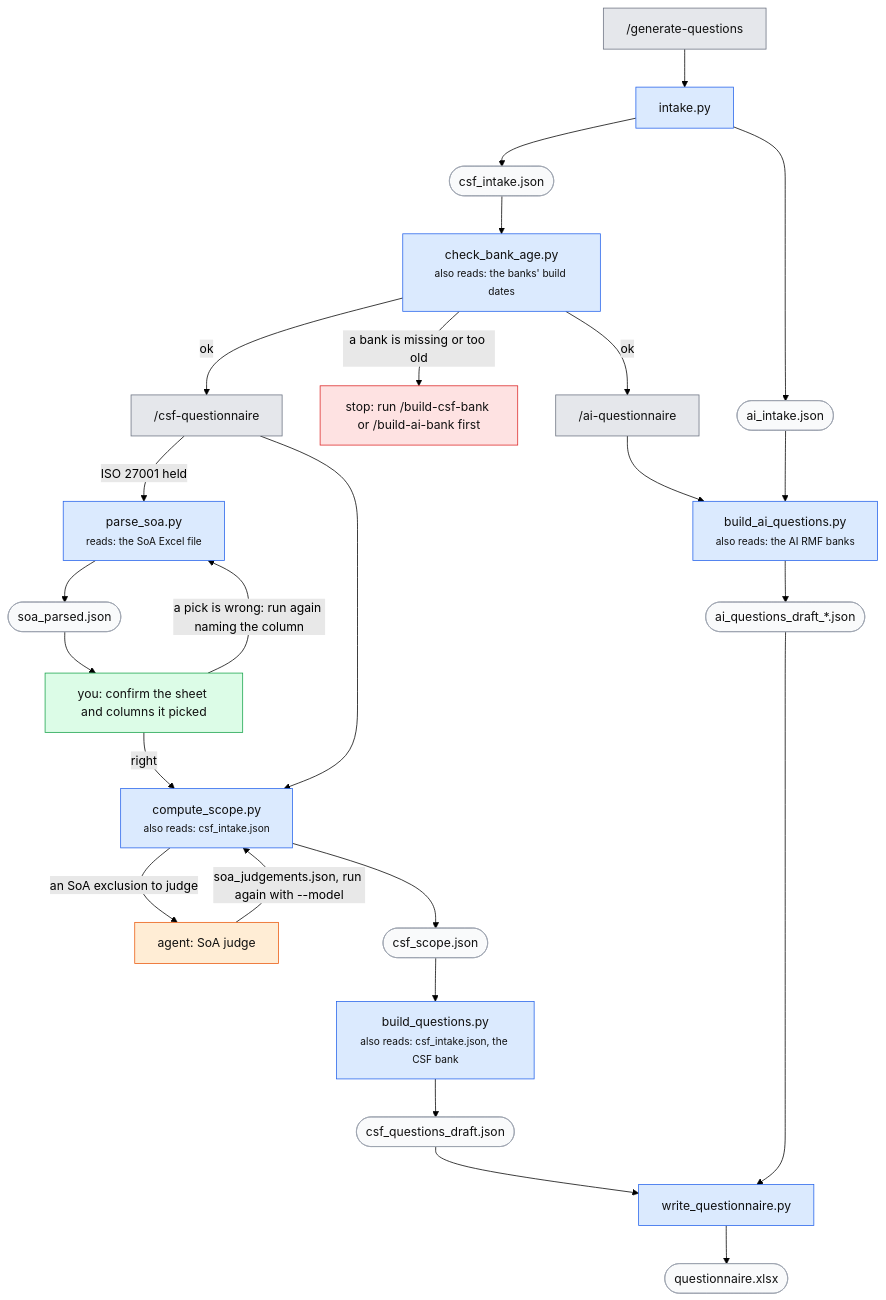
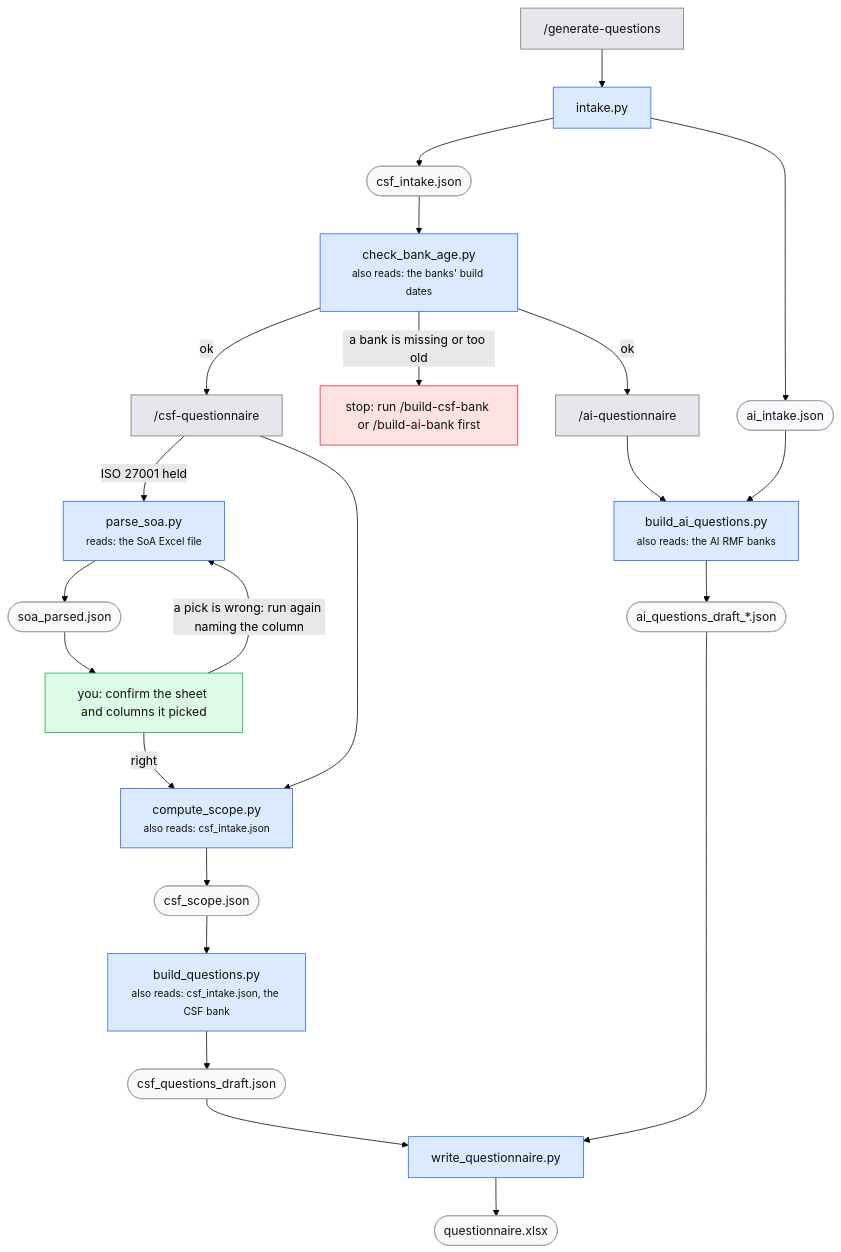
The first of 3 diagrams in docs/guide.md (srilekha82/csf-ai-self-assessment), drawn with Mermaid (forest theme) before and after one commit. The commit also changed other lines of this file and 14 other files, not shown here.

First line of the commit message:
compute_scope: no agent in a client run; when in doubt, ask in full

````diff
--- a/docs/guide.md
+++ b/docs/guide.md
@@ -111,34 +111,33 @@
 ```mermaid
 flowchart TD
     GQ["/generate-questions"]:::cmd --> IN[intake.py]:::script
     IN --> INT([csf_intake.json]):::file
     IN --> USE([ai_intake.json]):::file
     INT --> AGE["check_bank_age.py<br/><small>also reads: the banks' build dates</small>"]:::script
     AGE -- "a bank is missing or too old" --> STOP["stop: run /build-csf-bank or /build-ai-bank first"]:::stop
     AGE -- ok --> CQ["/csf-questionnaire"]:::cmd
     AGE -- ok --> AQ["/ai-questionnaire"]:::cmd
 
     CQ -- "ISO 27001 held" --> SOA["parse_soa.py<br/><small>reads: the SoA Excel file</small>"]:::script --> SOAJ([soa_parsed.json]):::file
     SOAJ --> OK1["you: confirm the sheet and columns it picked"]:::you
     OK1 -- "a pick is wrong: run again naming the column" --> SOA
     OK1 -- right --> SC["compute_scope.py<br/><small>also reads: csf_intake.json</small>"]:::script
     CQ --> SC
-    SC -- "an SoA exclusion to judge" --> J["agent: SoA judge"]:::agent -- "soa_judgements.json, run again with --model" --> SC
     SC --> SCJ([csf_scope.json]):::file --> BQ["build_questions.py<br/><small>also reads: csf_intake.json, the CSF bank</small>"]:::script
     BQ --> CD([csf_questions_draft.json]):::file
 
     AQ --> BAQ["build_ai_questions.py<br/><small>also reads: the AI RMF banks</small>"]:::script
     USE --> BAQ
     BAQ --> AD([ai_questions_draft_*.json]):::file
 
     CD --> WQ[write_questionnaire.py]:::script --> X([questionnaire.xlsx]):::file
     AD --> WQ
 
     classDef cmd fill:#e5e7eb,stroke:#6b7280,color:#111
     classDef script fill:#dbeafe,stroke:#2563eb,color:#111
     classDef agent fill:#ffedd5,stroke:#ea580c,color:#111
     classDef you fill:#dcfce7,stroke:#16a34a,color:#111
     classDef file fill:#f9fafb,stroke:#9ca3af,color:#111
     classDef stop fill:#fee2e2,stroke:#dc2626,color:#111
     classDef you fill:#dcfce7,stroke:#16a34a,color:#111
 ```
````
